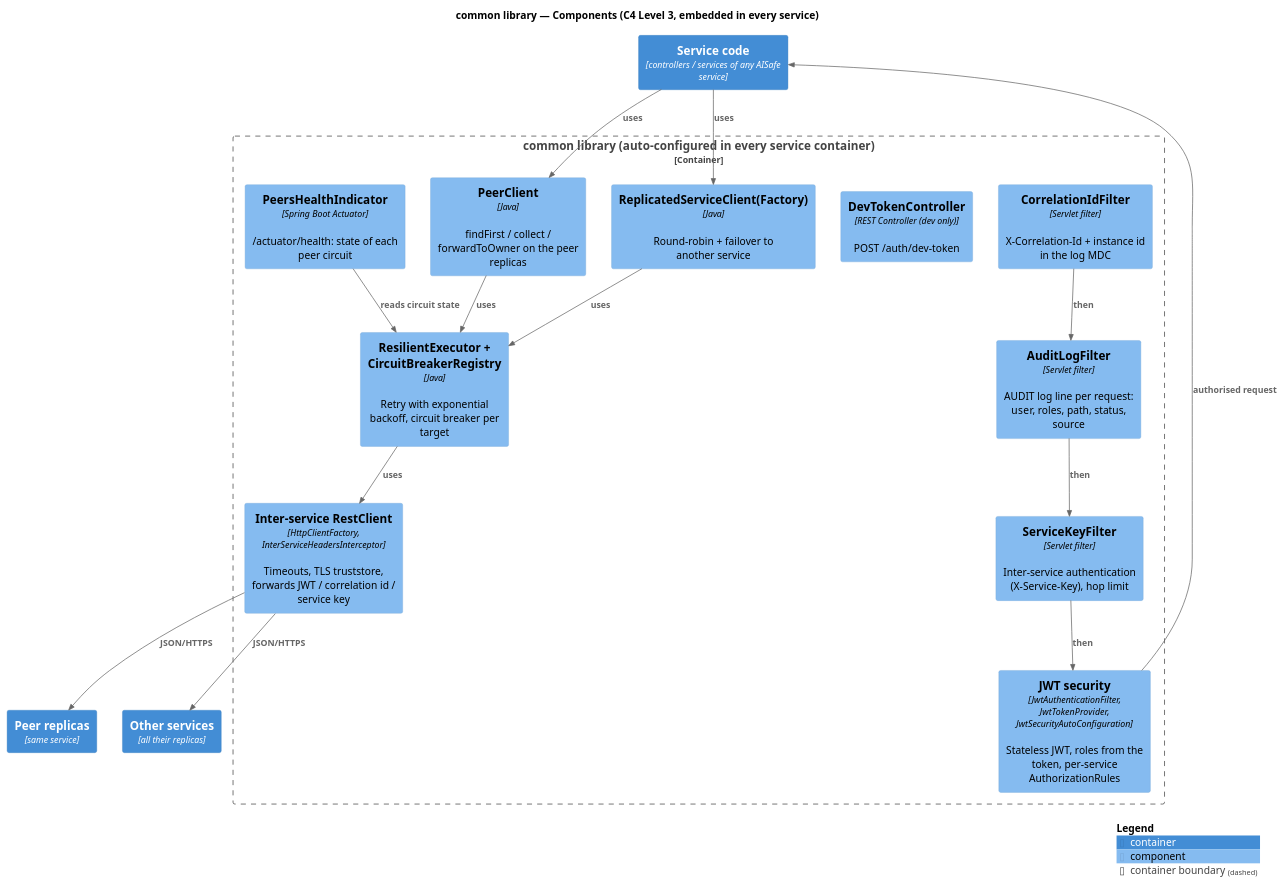
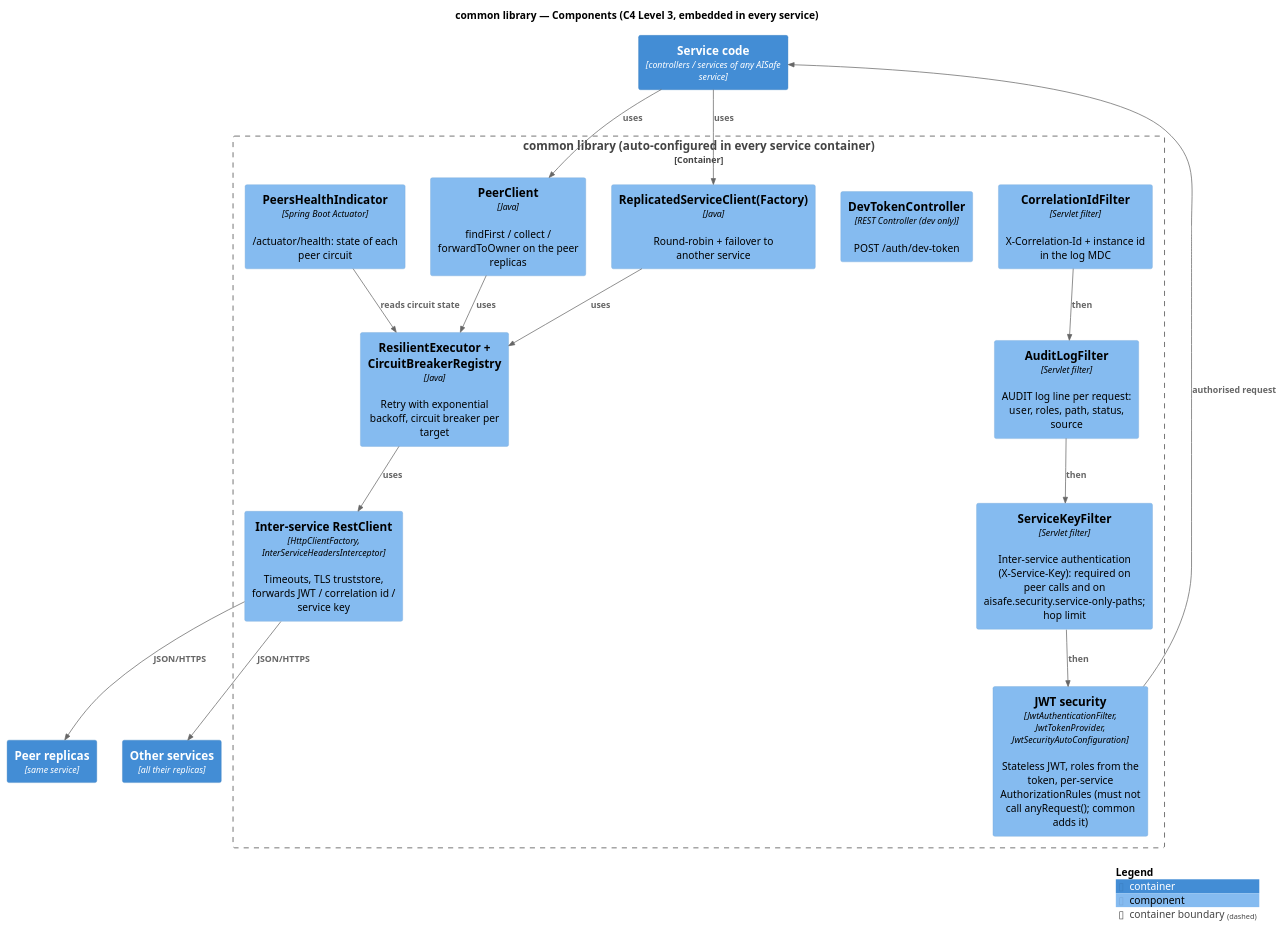
One commit to caetanotiago/Project_SIDIS changed the diagram in docs/3-components/common/puml/C4-L3-Common-Components.puml. Above: the diagram before and after it, drawn with PlantUML. The commit also changed 24 other files, not shown here.

```diff
--- a/docs/3-components/common/puml/C4-L3-Common-Components.puml
+++ b/docs/3-components/common/puml/C4-L3-Common-Components.puml
@@ -1,37 +1,37 @@
 @startuml C4-L3-Common-Components
 !include <C4/C4_Component>
 LAYOUT_TOP_DOWN()
 title common library — Components (C4 Level 3, embedded in every service)
 
 Container(svc, "Service code", "controllers / services of any AISafe service")
 Container(peers, "Peer replicas", "same service")
 Container(remote, "Other services", "all their replicas")
 
 Container_Boundary(common, "common library (auto-configured in every service container)") {
     Component(corr, "CorrelationIdFilter", "Servlet filter", "X-Correlation-Id + instance id in the log MDC")
     Component(audit, "AuditLogFilter", "Servlet filter", "AUDIT log line per request: user, roles, path, status, source")
-    Component(skey, "ServiceKeyFilter", "Servlet filter", "Inter-service authentication (X-Service-Key), hop limit")
-    Component(jwt, "JWT security", "JwtAuthenticationFilter, JwtTokenProvider, JwtSecurityAutoConfiguration", "Stateless JWT, roles from the token, per-service AuthorizationRules")
+    Component(skey, "ServiceKeyFilter", "Servlet filter", "Inter-service authentication (X-Service-Key): required on peer calls and on aisafe.security.service-only-paths; hop limit")
+    Component(jwt, "JWT security", "JwtAuthenticationFilter, JwtTokenProvider, JwtSecurityAutoConfiguration", "Stateless JWT, roles from the token, per-service AuthorizationRules (must not call anyRequest(); common adds it)")
     Component(dev, "DevTokenController", "REST Controller (dev only)", "POST /auth/dev-token")
     Component(peerClient, "PeerClient", "Java", "findFirst / collect / forwardToOwner on the peer replicas")
     Component(repClient, "ReplicatedServiceClient(Factory)", "Java", "Round-robin + failover to another service")
     Component(resil, "ResilientExecutor + CircuitBreakerRegistry", "Java", "Retry with exponential backoff, circuit breaker per target")
     Component(http, "Inter-service RestClient", "HttpClientFactory, InterServiceHeadersInterceptor", "Timeouts, TLS truststore, forwards JWT / correlation id / service key")
     Component(health, "PeersHealthIndicator", "Spring Boot Actuator", "/actuator/health: state of each peer circuit")
 }
 
 Rel(corr, audit, "then")
 Rel(audit, skey, "then")
 Rel(skey, jwt, "then")
 Rel(jwt, svc, "authorised request")
 Rel(svc, peerClient, "uses")
 Rel(svc, repClient, "uses")
 Rel(peerClient, resil, "uses")
 Rel(repClient, resil, "uses")
 Rel(resil, http, "uses")
 Rel(http, peers, "JSON/HTTPS")
 Rel(http, remote, "JSON/HTTPS")
 Rel(health, resil, "reads circuit state")
 
 SHOW_LEGEND()
 @enduml
```
